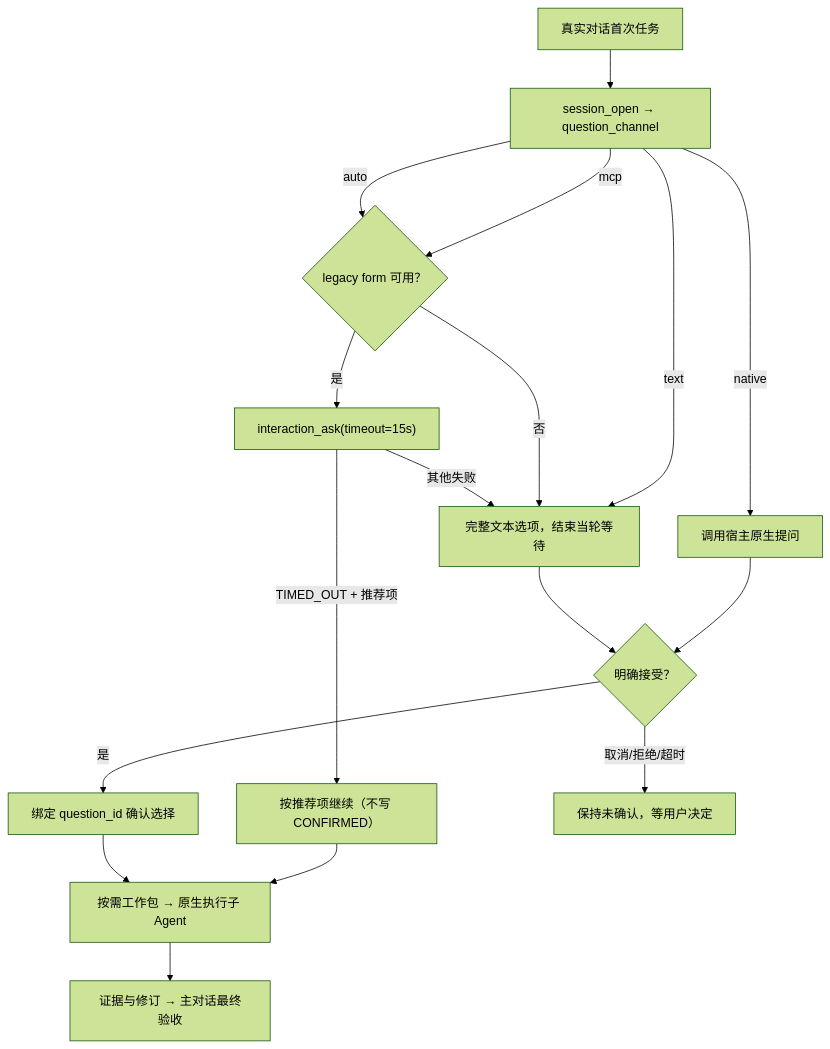
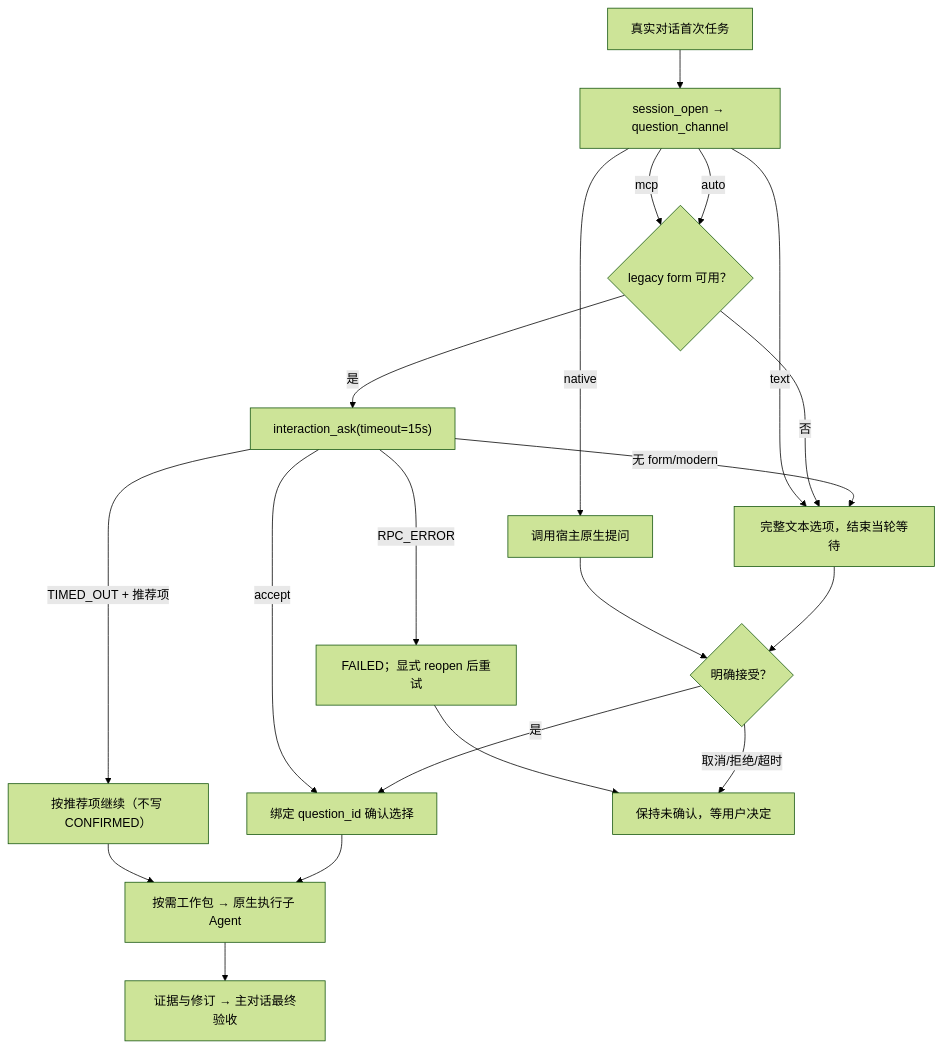
The diagram in README.md (jinsc123654/single-conversation-subagent-skill), drawn with Mermaid (forest theme) before and after one commit. The commit also changed other lines of this file and 6 other files, not shown here.

````diff
--- a/README.md
+++ b/README.md
@@ -7,19 +7,22 @@
 ```mermaid
 flowchart TD
   S["真实对话首次任务"] --> O["session_open → question_channel"]
   O -->|native| A["调用宿主原生提问"]
   O -->|text| T["完整文本选项，结束当轮等待"]
   O -->|mcp| M{"legacy form 可用？"}
   O -->|auto| M
   M -->|是| E["interaction_ask(timeout=15s)"]
   M -->|否| T
+  E -->|accept| Q
   E -->|TIMED_OUT + 推荐项| C["按推荐项继续（不写 CONFIRMED）"]
-  E -->|其他失败| T
+  E -->|RPC_ERROR| F["FAILED；显式 reopen 后重试"]
+  E -->|无 form/modern| T
+  F --> W
   A --> R{"明确接受？"}
   T --> R
   R -->|是| Q["绑定 question_id 确认选择"]
   R -->|取消/拒绝/超时| W["保持未确认，等用户决定"]
   C --> P["按需工作包 → 原生执行子 Agent"]
   Q --> P
   P --> V["证据与修订 → 主对话最终验收"]
 ```
````
